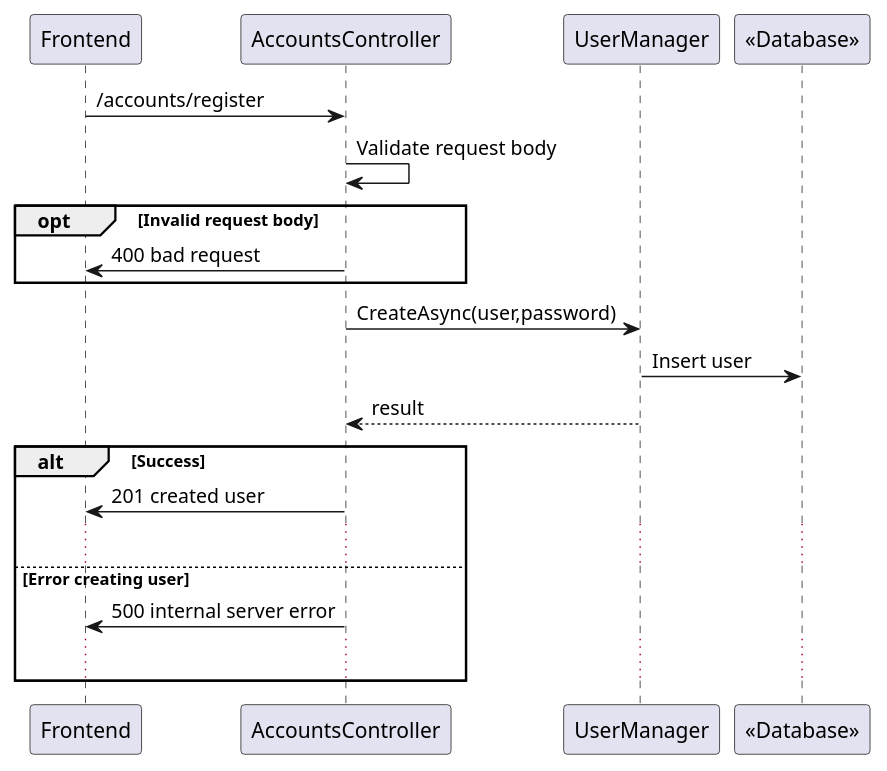
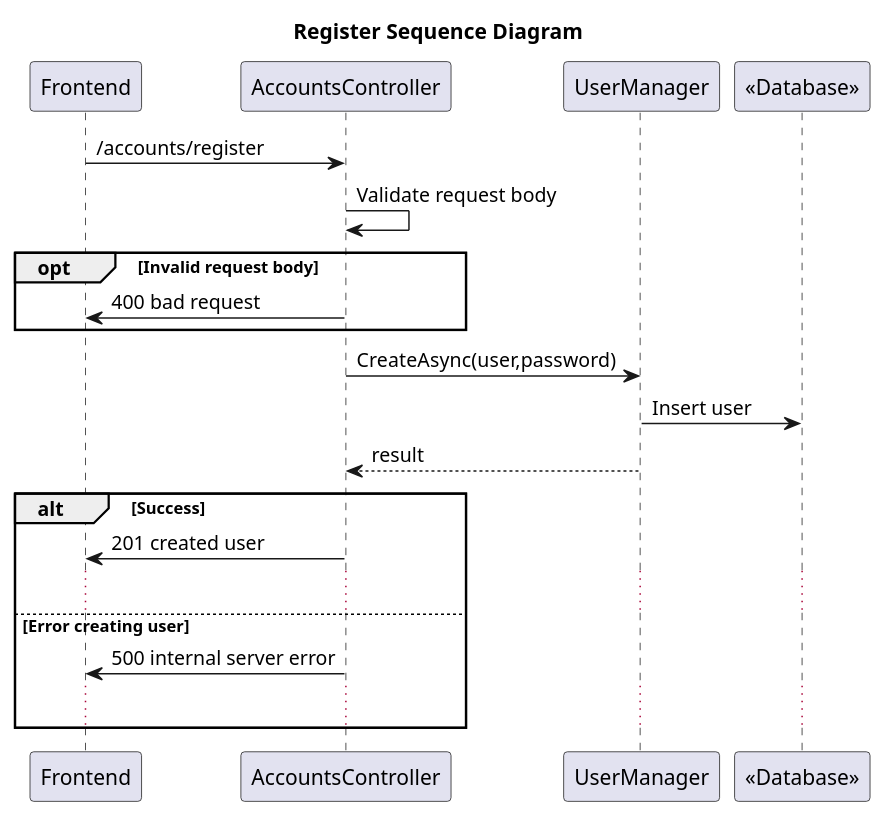
Before and after one commit to a-chiha/FinanceTrackerBackend: the diagram in diagrams/backend/registerSequence.puml, drawn with PlantUML. The commit also changed 12 other files, not shown here.

```diff
--- a/diagrams/backend/registerSequence.puml
+++ b/diagrams/backend/registerSequence.puml
@@ -2,28 +2,29 @@
 @startuml
+title Register Sequence Diagram
 participant "Frontend" as Frontend
 participant "AccountsController" as AccountsController
 participant "UserManager" as UserManager
 participant "<<Database>>" as Database
 
 Frontend -> AccountsController: /accounts/register
 AccountsController -> AccountsController: Validate request body
 opt Invalid request body
 AccountsController -> Frontend: 400 bad request 
 end
 AccountsController -> UserManager: CreateAsync(user,password)
 UserManager -> Database: Insert user
 UserManager --> AccountsController: result
 
 alt Success
 
 AccountsController -> Frontend: 201 created user
 ...
 else Error creating user
 
 AccountsController -> Frontend: 500 internal server error
 ...
 end
 
 
 
 @enduml
```
